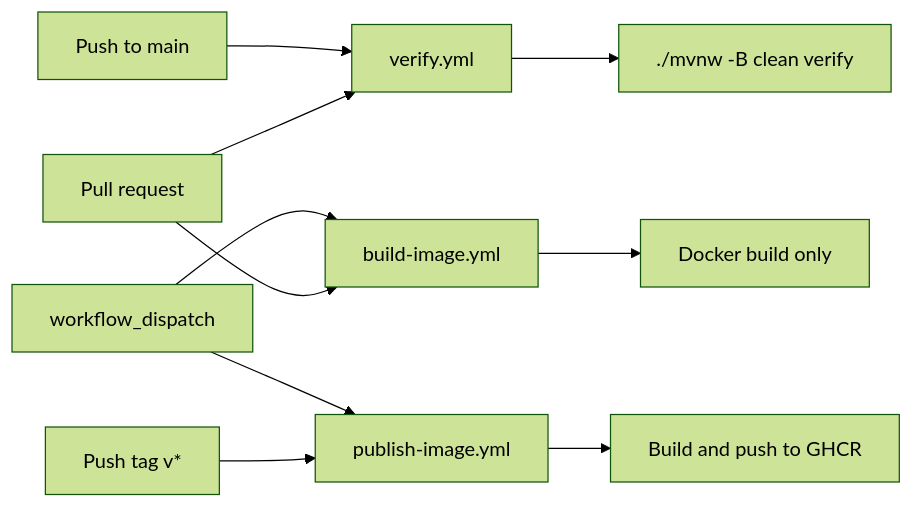
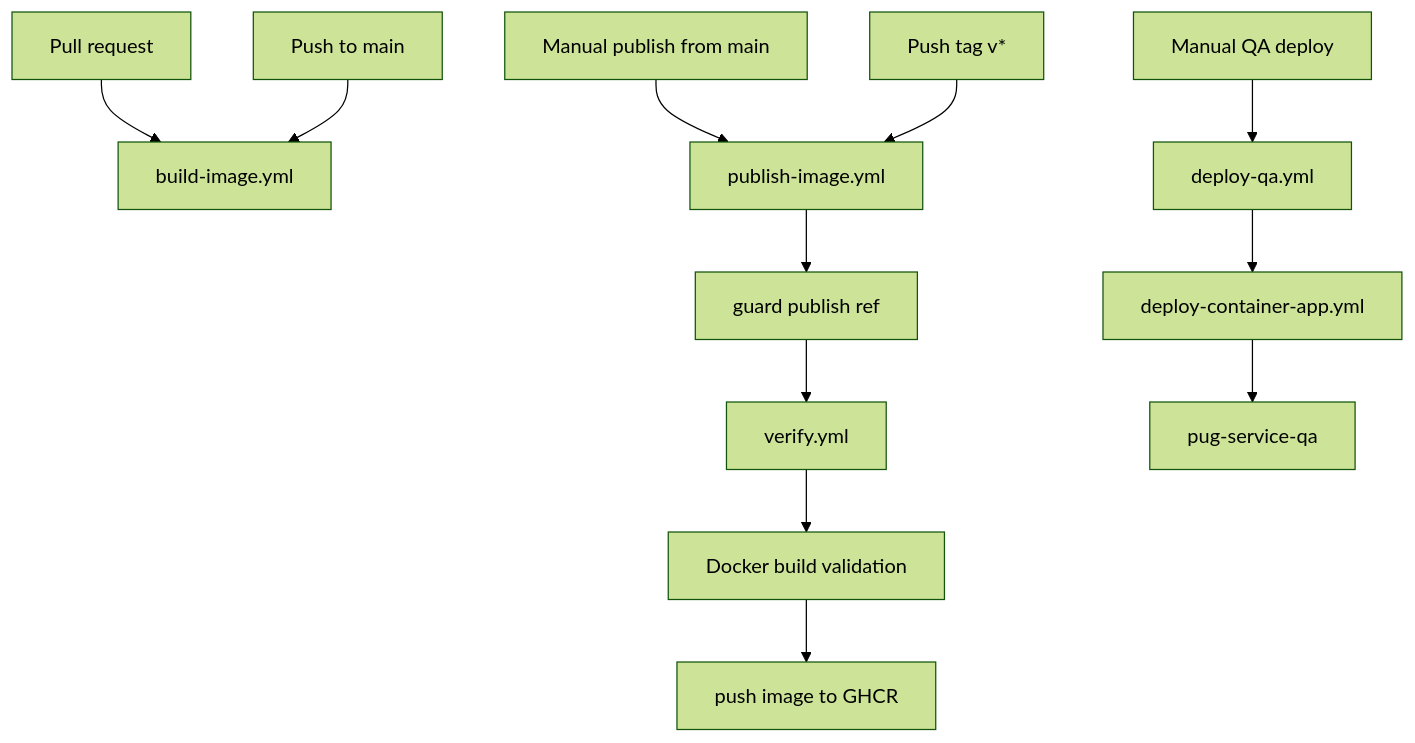
One commit to Plataforma-Universidade-Gratuita/pug-docs changed the first of 2 diagrams in pug-service/CICD.md. Above: the diagram before and after it, drawn with Mermaid (forest theme). The commit also changed other lines of this file and 2 other files, not shown here.

Commit message:
PUG-305: Minor fix bugs + update docs;

````diff
--- a/pug-service/CICD.md
+++ b/pug-service/CICD.md
@@ -13,18 +28,16 @@
 ```mermaid
-flowchart LR
-    PR[Pull request]
-    MainPush[Push to main]
-    TagPush[Push tag v*]
-    Manual[workflow_dispatch]
+flowchart TD
+    PR[Pull request] --> BuildImage[build-image.yml]
+    MainPush[Push to main] --> BuildImage
+    ManualPublish[Manual publish from main] --> Publish[publish-image.yml]
+    TagPush[Push tag v*] --> Publish
 
-    PR --> Verify[verify.yml]
-    PR --> BuildImage[build-image.yml]
-    MainPush --> Verify
-    TagPush --> Publish[publish-image.yml]
-    Manual --> BuildImage
-    Manual --> Publish
+    Publish --> GuardPublish[guard publish ref]
+    GuardPublish --> Verify[verify.yml]
+    Verify --> BuildValidation[Docker build validation]
+    BuildValidation --> GHCR[push image to GHCR]
 
-    Verify --> MavenVerify[./mvnw -B clean verify]
-    BuildImage --> DockerBuild[Docker build only]
-    Publish --> GhcrPush[Build and push to GHCR]
+    ManualQA[Manual QA deploy] --> DeployQA[deploy-qa.yml]
+    DeployQA --> DeployShared[deploy-container-app.yml]
+    DeployShared --> AzureQA[pug-service-qa]
 ```
````
